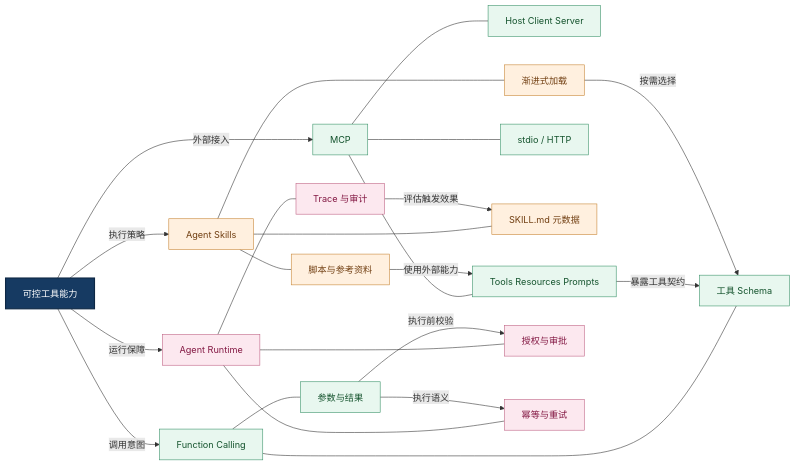
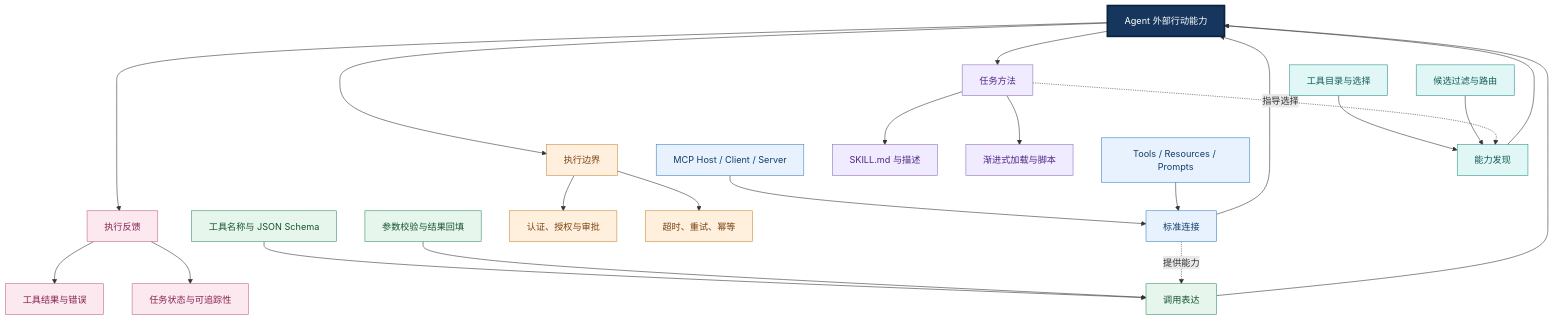
One commit to shufu151/Agent-Engineering-Handbook changed the third of 7 diagrams in 05-Agent-Knowledge-and-Tools/README.md. Above: the diagram before and after it, drawn with Mermaid. The commit also changed other lines of this file, not shown here.

````diff
--- a/05-Agent-Knowledge-and-Tools/README.md
+++ b/05-Agent-Knowledge-and-Tools/README.md
@@ -150,50 +159,60 @@
 ```mermaid
-flowchart LR
-    C["可控工具能力"]
-    FC["Function Calling"]
-    M["MCP"]
-    S["Agent Skills"]
-    RT["Agent Runtime"]
-    F1["工具 Schema"]
-    F2["参数与结果"]
-    M1["Host Client Server"]
-    M2["Tools Resources Prompts"]
-    M3["stdio / HTTP"]
-    S1["SKILL.md 元数据"]
-    S2["渐进式加载"]
-    S3["脚本与参考资料"]
-    R1["授权与审批"]
-    R2["幂等与重试"]
-    R3["Trace 与审计"]
-    C -->|调用意图| FC
-    C -->|外部接入| M
-    C -->|执行策略| S
-    C -->|运行保障| RT
-    FC --- F1
-    FC --- F2
-    M --- M1
-    M --- M2
-    M --- M3
-    S --- S1
-    S --- S2
-    S --- S3
-    RT --- R1
-    RT --- R2
-    RT --- R3
-    M2 -->|暴露工具契约| F1
-    S2 -->|按需选择| F1
-    S3 -->|使用外部能力| M2
-    F2 -->|执行前校验| R1
-    F2 -->|执行语义| R2
-    R3 -->|评估触发效果| S1
-    classDef core fill:#163a62,stroke:#0d2744,color:#fff,stroke-width:2px
-    classDef know fill:#e8f2ff,stroke:#3b82c4,color:#163a62
-    classDef tool fill:#e8f7ef,stroke:#389268,color:#14532d
-    classDef control fill:#fff0df,stroke:#c78535,color:#713f12
-    classDef guard fill:#fce8ef,stroke:#bf6284,color:#831843
-    classDef result fill:#f0eaff,stroke:#8b6dbb,color:#4c1d95
-    class C core
-    class FC,F1,F2,M,M1,M2,M3 tool
-    class S,S1,S2,S3 control
-    class RT,R1,R2,R3 guard
+flowchart TB
+    ROOT["Agent 外部行动能力"]
+    TA["调用表达"]
+    TA1["工具名称与 JSON Schema"]
+    TA2["参数校验与结果回填"]
+    TB["能力发现"]
+    TB1["工具目录与选择"]
+    TB2["候选过滤与路由"]
+    TC["标准连接"]
+    TC1["MCP Host / Client / Server"]
+    TC2["Tools / Resources / Prompts"]
+    TD["任务方法"]
+    TD1["SKILL.md 与描述"]
+    TD2["渐进式加载与脚本"]
+    TE["执行边界"]
+    TE1["认证、授权与审批"]
+    TE2["超时、重试、幂等"]
+    TF["执行反馈"]
+    TF1["工具结果与错误"]
+    TF2["任务状态与可追踪性"]
+    TA --> ROOT
+    TA1 --> TA
+    TA2 --> TA
+    TB --> ROOT
+    TB1 --> TB
+    TB2 --> TB
+    TC --> ROOT
+    TC1 --> TC
+    TC2 --> TC
+    ROOT --> TD
+    TD --> TD1
+    TD --> TD2
+    ROOT --> TE
+    TE --> TE1
+    TE --> TE2
+    ROOT --> TF
+    TF --> TF1
+    TF --> TF2
+    TA ~~~ TB
+    TB ~~~ TC
+    TD ~~~ TE
+    TE ~~~ TF
+    TD -. "指导选择" .-> TB
+    TC -. "提供能力" .-> TA
+    classDef core fill:#17365d,stroke:#0b2340,color:#ffffff,stroke-width:3px
+    classDef blue fill:#e8f2ff,stroke:#3b82c4,color:#123d67
+    classDef green fill:#e7f6ed,stroke:#389268,color:#14532d
+    classDef orange fill:#fff0de,stroke:#cb883e,color:#784313
+    classDef purple fill:#f1ebff,stroke:#8c71bf,color:#4c2785
+    classDef pink fill:#fce8ef,stroke:#c2648a,color:#84234d
+    classDef teal fill:#e1f7f5,stroke:#2d918b,color:#135b56
+    class ROOT core
+    class TA,TA1,TA2 green
+    class TB,TB1,TB2 teal
+    class TC,TC1,TC2 blue
+    class TD,TD1,TD2 purple
+    class TE,TE1,TE2 orange
+    class TF,TF1,TF2 pink
 ```
````
